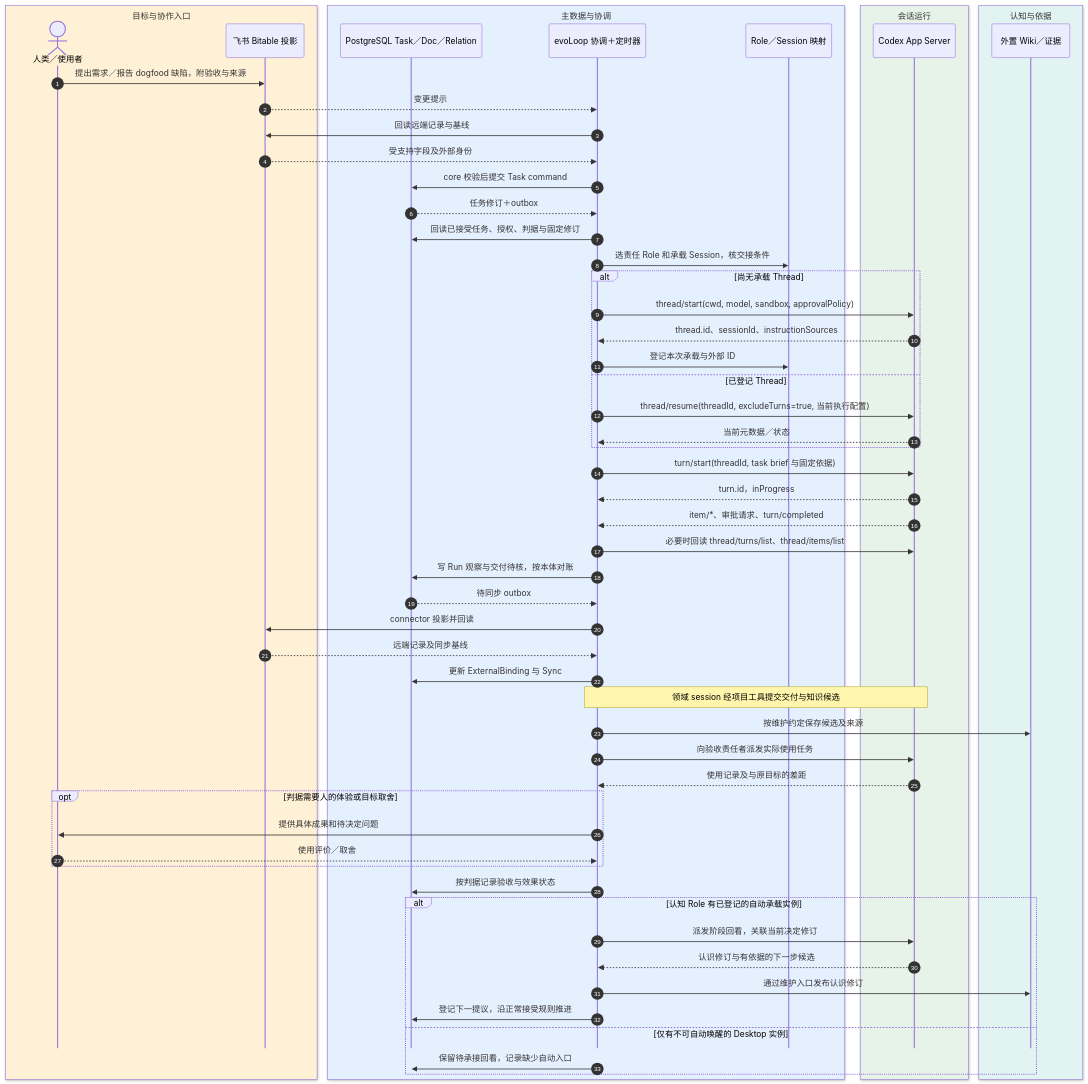
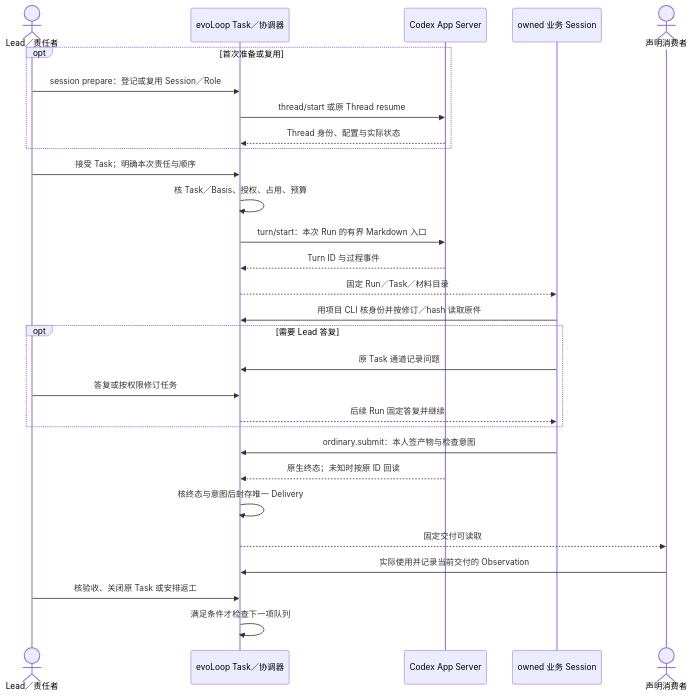
The diagram in docs/architecture/codex-integration.md (cyl19970726/evoLoop), drawn with Mermaid before and after one commit. The commit also changed other lines of this file and 15 other files, not shown here.

Commit message:
docs: consolidate product architecture and development guidance

````diff
--- a/docs/architecture/codex-integration.md
+++ b/docs/architecture/codex-integration.md
@@ -19,62 +19,31 @@
 ```mermaid
-%%{init: {"sequence":{"mirrorActors":false,"messageMargin":30}}}%%
 sequenceDiagram
-  autonumber
-  box rgb(255,241,214) 目标与协作入口
-  actor H as 人类／使用者
-  participant F as 飞书 Bitable 投影
+  actor L as Lead／责任者
+  participant P as evoLoop Task／协调器
+  participant A as Codex App Server
+  participant B as owned 业务 Session
+  actor U as 声明消费者
+  opt 首次准备或复用
+    L->>P: session prepare：登记或复用 Session／Role
+    P->>A: thread/start 或原 Thread resume
+    A-->>P: Thread 身份、配置与实际状态
   end
-  box rgb(229,240,255) 主数据与协调
-  participant P as PostgreSQL Task／Doc／Relation
-  participant C as evoLoop 协调＋定时器
-  participant R as Role／Session 映射
+  L->>P: 接受 Task；明确本次责任与顺序
+  P->>P: 核 Task／Basis、授权、占用、预算
+  P->>A: turn/start：本次 Run 的有界 Markdown 入口
+  A-->>P: Turn ID 与过程事件
+  P-->>B: 固定 Run／Task／材料目录
+  B->>P: 用项目 CLI 核身份并按修订／hash 读取原件
+  opt 需要 Lead 答复
+    B->>P: 原 Task 通道记录问题
+    L->>P: 答复或按权限修订任务
+    P-->>B: 后续 Run 固定答复并继续
   end
-  box rgb(231,242,233) 会话运行
-  participant A as Codex App Server
-  end
-  box rgb(226,244,242) 认知与依据
-  participant K as 外置 Wiki／证据
-  end
-  H->>F: 提出需求／报告 dogfood 缺陷，附验收与来源
-  F-->>C: 变更提示
-  C->>F: 回读远端记录与基线
-  F-->>C: 受支持字段及外部身份
-  C->>P: core 校验后提交 Task command
-  P-->>C: 任务修订＋outbox
-  C->>P: 回读已接受任务、授权、判据与固定修订
-  C->>R: 选责任 Role 和承载 Session，核交接条件
-  alt 尚无承载 Thread
-    C->>A: thread/start(cwd, model, sandbox, approvalPolicy)
-    A-->>C: thread.id、sessionId、instructionSources
-    C->>R: 登记本次承载与外部 ID
-  else 已登记 Thread
-    C->>A: thread/resume(threadId, excludeTurns=true, 当前执行配置)
-    A-->>C: 当前元数据／状态
-  end
-  C->>A: turn/start(threadId, task brief 与固定依据)
-  A-->>C: turn.id，inProgress
-  A-->>C: item/*、审批请求、turn/completed
-  C->>A: 必要时回读 thread/turns/list、thread/items/list
-  C->>P: 写 Run 观察与交付待核，按本体对账
-  P-->>C: 待同步 outbox
-  C->>F: connector 投影并回读
-  F-->>C: 远端记录及同步基线
-  C->>P: 更新 ExternalBinding 与 Sync
-  Note over C,A: 领域 session 经项目工具提交交付与知识候选
-  C->>K: 按维护约定保存候选及来源
-  C->>A: 向验收责任者派发实际使用任务
-  A-->>C: 使用记录及与原目标的差距
-  opt 判据需要人的体验或目标取舍
-    C->>H: 提供具体成果和待决定问题
-    H-->>C: 使用评价／取舍
-  end
-  C->>P: 按判据记录验收与效果状态
-  alt 认知 Role 有已登记的自动承载实例
-    C->>A: 派发阶段回看，关联当前决定修订
-    A-->>C: 认识修订与有依据的下一步候选
-    C->>K: 通过维护入口发布认识修订
-    C->>P: 登记下一提议，沿正常接受规则推进
-  else 仅有不可自动唤醒的 Desktop 实例
-    C->>P: 保留待承接回看，记录缺少自动入口
-  end
+  B->>P: ordinary.submit：本人签产物与检查意图
+  A-->>P: 原生终态；未知时按原 ID 回读
+  P->>P: 核终态与意图后封存唯一 Delivery
+  P-->>U: 固定交付可读取
+  U->>P: 实际使用并记录当前交付的 Observation
+  L->>P: 核验收、关闭原 Task 或安排返工
+  P->>P: 满足条件才检查下一项队列
 ```
````
